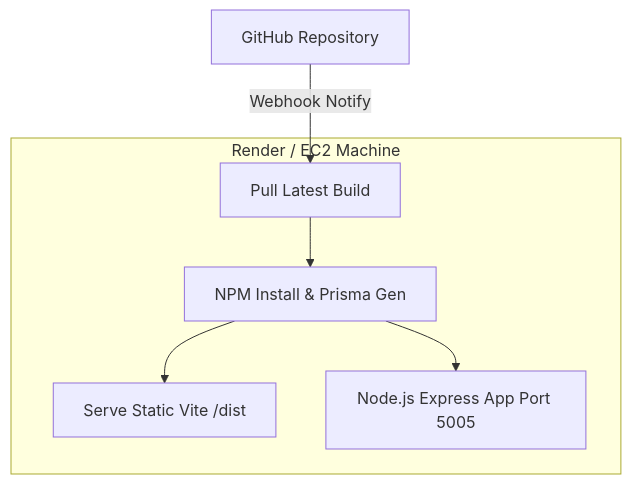
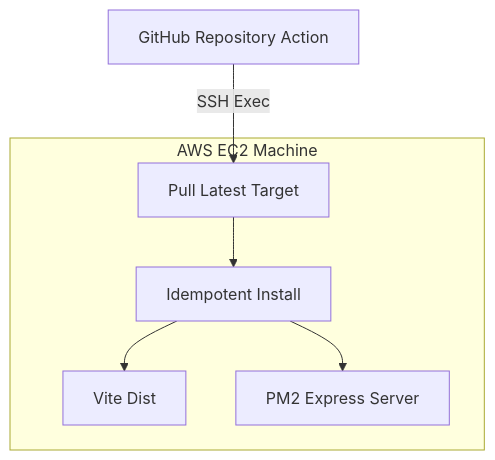
Before and after one commit to deepakpathik/ShopSmart: the fourth of 4 diagrams in README.md, drawn with Mermaid. The commit also changed other lines of this file and 17 other files, not shown here.

Commit message:
feat: complete academic marks schema mapping

````diff
--- a/README.md
+++ b/README.md
@@ -86,15 +86,15 @@
 ```mermaid
 graph TD
-    repo[GitHub Repository]
-    subgraph Hosting [Render / EC2 Machine]
-        pull[Pull Latest Build]
-        install[NPM Install & Prisma Gen]
-        serve_fe[Serve Static Vite /dist]
-        run_be[Node.js Express App Port 5005]
+    repo[GitHub Repository Action]
+    subgraph Hosting [AWS EC2 Machine]
+        pull[Pull Latest Target]
+        install[Idempotent Install]
+        serve_fe[Vite Dist]
+        run_be[PM2 Express Server]
     end
     
-    repo -->|Webhook Notify| pull
+    repo -->|SSH Exec| pull
     pull --> install
     install --> serve_fe
     install --> run_be
 ```
````
